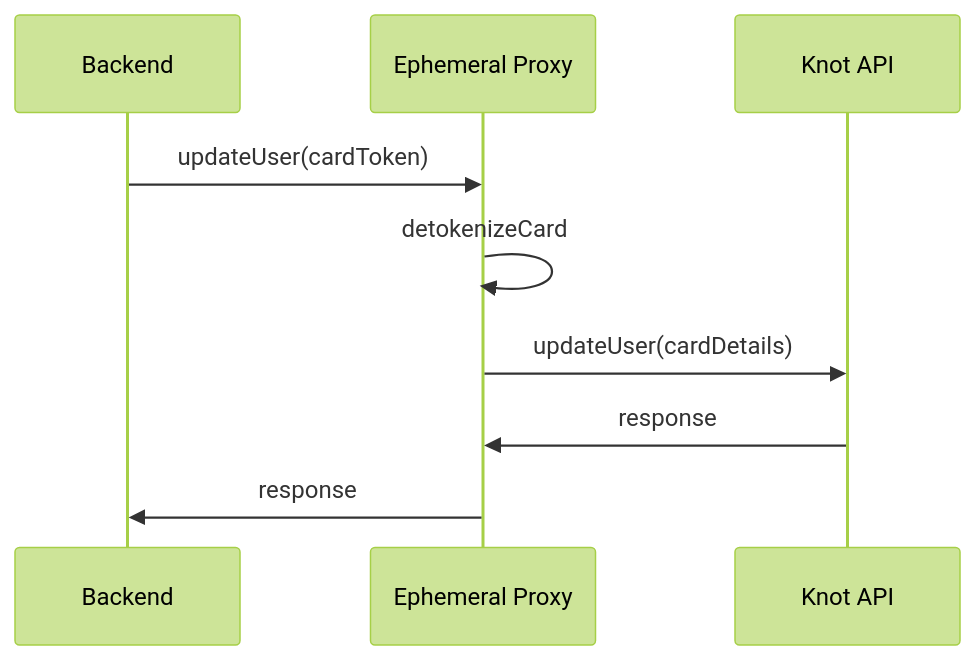
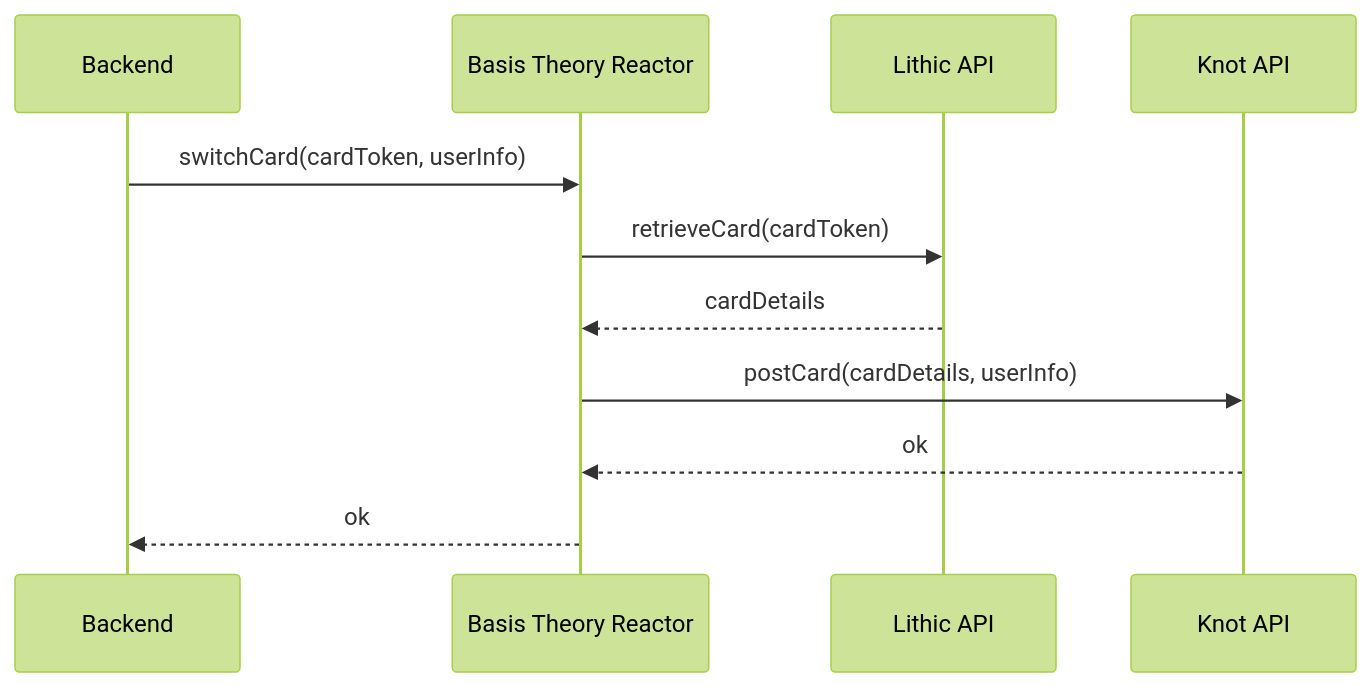
One commit to Basis-Theory-Labs/lithic-knot-example changed the diagram in README.md. Above: the diagram before and after it, drawn with Mermaid (forest theme). The commit also changed other lines of this file and 9 other files, not shown here.

Commit message:
feat: use reactor for card switching

````diff
--- a/README.md
+++ b/README.md
@@ -34,12 +6,14 @@
-   ```mermaid
-   sequenceDiagram
-     participant backend as Backend
-     participant proxy as Ephemeral Proxy
-     participant knot as Knot API
+```mermaid
+sequenceDiagram
+  participant backend as Backend
+  participant reactor as Basis Theory Reactor
+  participant lithic as Lithic API
+  participant knot as Knot API
 
-   backend->>proxy: updateUser(cardToken)
-   proxy->>proxy: detokenizeCard
-   proxy->>knot: updateUser(cardDetails)
-   knot->>proxy: response
-   proxy->>backend: response
-   ```
+backend->>reactor: switchCard(cardToken, userInfo)
+reactor->>lithic: retrieveCard(cardToken)
+lithic-->>reactor: cardDetails
+reactor->>knot: postCard(cardDetails, userInfo)
+knot-->>reactor: ok
+reactor-->>backend: ok
+```
````
